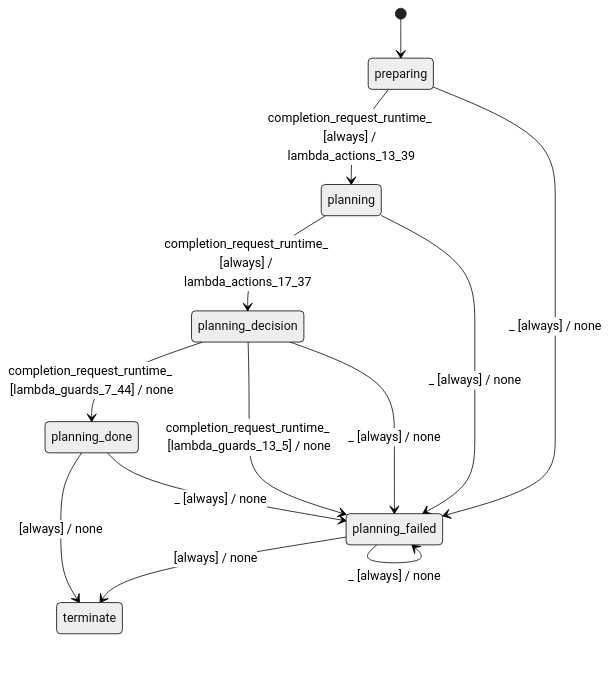
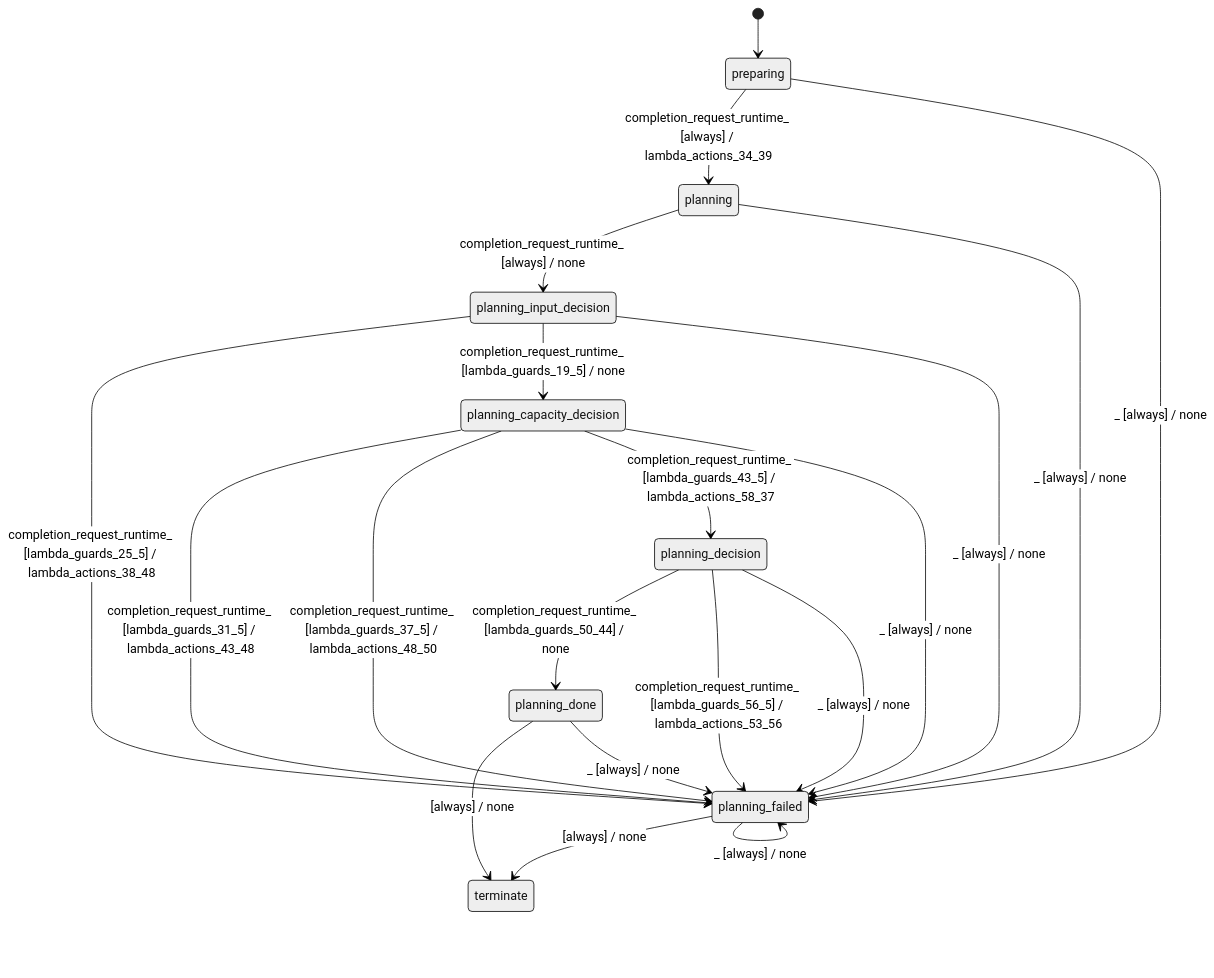
The diagram in docs/architecture/batch_planner_modes_simple.md (stateforward/emel.cpp), drawn with Mermaid (neutral theme) before and after one commit. The commit also changed other lines of this file and 265 other files, not shown here.

````diff
--- a/docs/architecture/batch_planner_modes_simple.md
+++ b/docs/architecture/batch_planner_modes_simple.md
@@ -7,16 +7,23 @@
 ```mermaid
 stateDiagram-v2
   direction TB
   [*] --> preparing
-  preparing --> planning : completion_request_runtime_ [always] / lambda_actions_13_39
-  planning --> planning_decision : completion_request_runtime_ [always] / lambda_actions_17_37
-  planning_decision --> planning_done : completion_request_runtime_ [lambda_guards_7_44] / none
-  planning_decision --> planning_failed : completion_request_runtime_ [lambda_guards_13_5] / none
+  preparing --> planning : completion_request_runtime_ [always] / lambda_actions_34_39
+  planning --> planning_input_decision : completion_request_runtime_ [always] / none
+  planning_input_decision --> planning_failed : completion_request_runtime_ [lambda_guards_25_5] / lambda_actions_38_48
+  planning_input_decision --> planning_capacity_decision : completion_request_runtime_ [lambda_guards_19_5] / none
+  planning_capacity_decision --> planning_failed : completion_request_runtime_ [lambda_guards_31_5] / lambda_actions_43_48
+  planning_capacity_decision --> planning_failed : completion_request_runtime_ [lambda_guards_37_5] / lambda_actions_48_50
+  planning_capacity_decision --> planning_decision : completion_request_runtime_ [lambda_guards_43_5] / lambda_actions_58_37
+  planning_decision --> planning_done : completion_request_runtime_ [lambda_guards_50_44] / none
+  planning_decision --> planning_failed : completion_request_runtime_ [lambda_guards_56_5] / lambda_actions_53_56
   planning_done --> terminate : [always] / none
   planning_failed --> terminate : [always] / none
   planning_done --> planning_failed : _ [always] / none
   planning_failed --> planning_failed : _ [always] / none
   preparing --> planning_failed : _ [always] / none
   planning --> planning_failed : _ [always] / none
+  planning_input_decision --> planning_failed : _ [always] / none
+  planning_capacity_decision --> planning_failed : _ [always] / none
   planning_decision --> planning_failed : _ [always] / none
 ```
````
